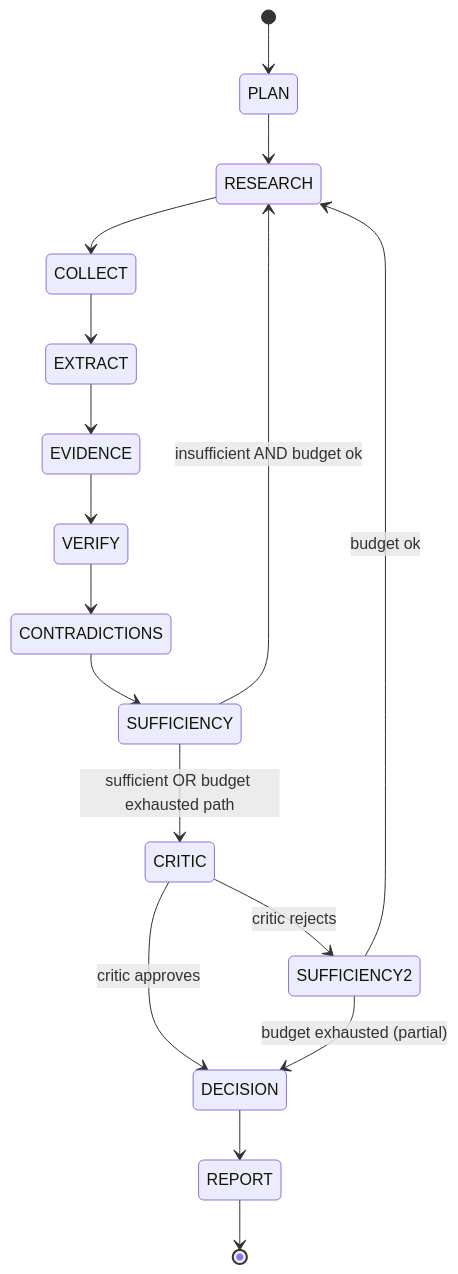
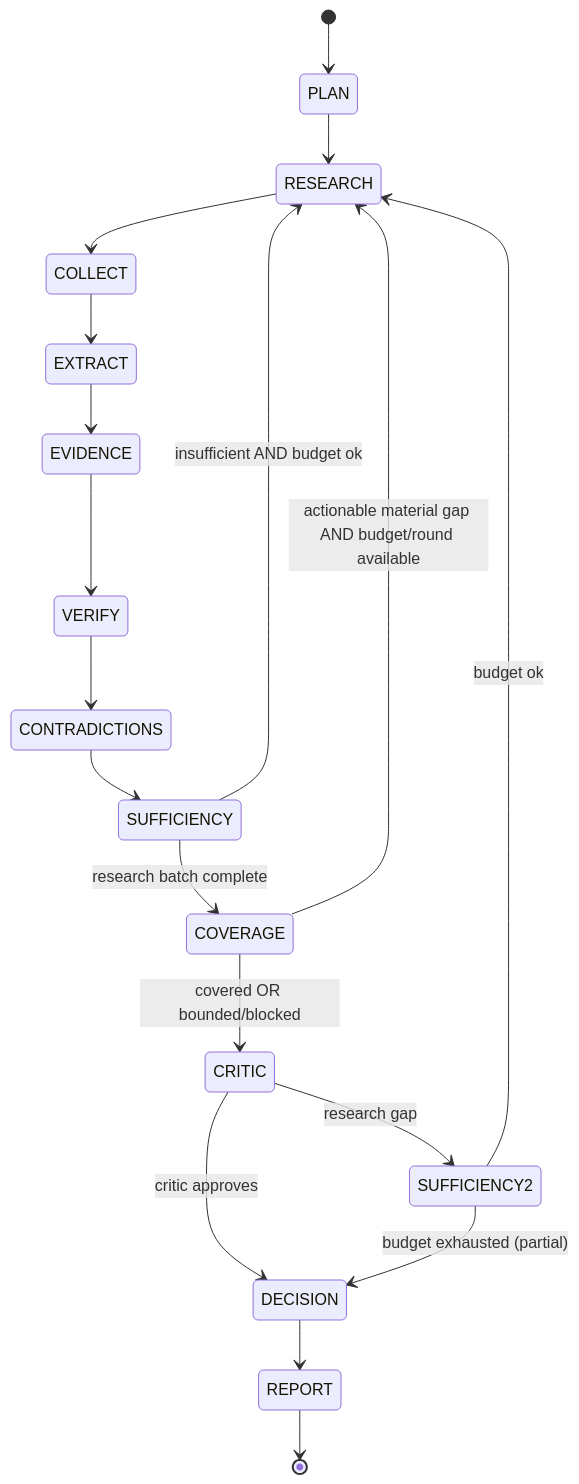
The diagram in docs/architecture/RESEARCH_LIFECYCLE.md (AIEngineer0923/DeepScout), drawn with Mermaid before and after one commit. The commit also changed 52 other files, not shown here.

````diff
--- a/docs/architecture/RESEARCH_LIFECYCLE.md
+++ b/docs/architecture/RESEARCH_LIFECYCLE.md
@@ -5,19 +5,21 @@
 ```mermaid
 stateDiagram-v2
     [*] --> PLAN
     PLAN --> RESEARCH
     RESEARCH --> COLLECT
     COLLECT --> EXTRACT
     EXTRACT --> EVIDENCE
     EVIDENCE --> VERIFY
     VERIFY --> CONTRADICTIONS
     CONTRADICTIONS --> SUFFICIENCY
-    SUFFICIENCY --> CRITIC: sufficient OR budget exhausted path
+    SUFFICIENCY --> COVERAGE: research batch complete
+    COVERAGE --> RESEARCH: actionable material gap AND budget/round available
+    COVERAGE --> CRITIC: covered OR bounded/blocked
     SUFFICIENCY --> RESEARCH: insufficient AND budget ok
-    CRITIC --> SUFFICIENCY2: critic rejects
+    CRITIC --> SUFFICIENCY2: research gap
     CRITIC --> DECISION: critic approves
     SUFFICIENCY2 --> RESEARCH: budget ok
     SUFFICIENCY2 --> DECISION: budget exhausted (partial)
     DECISION --> REPORT
     REPORT --> [*]
 ```
````
